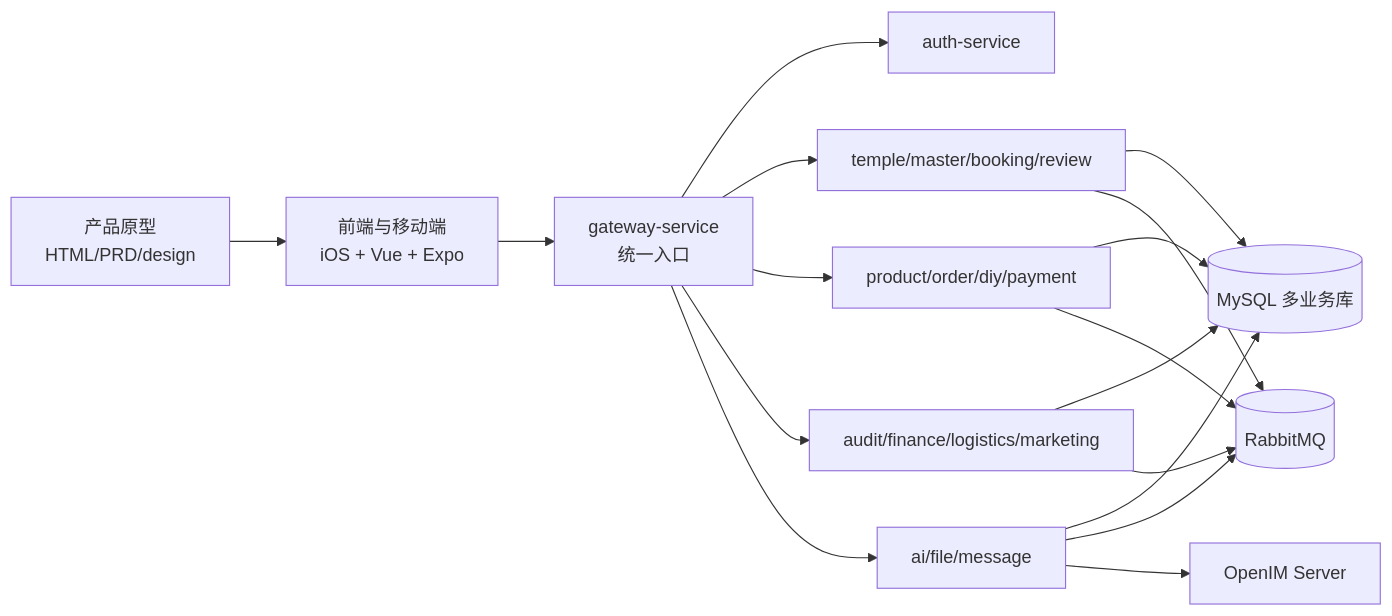
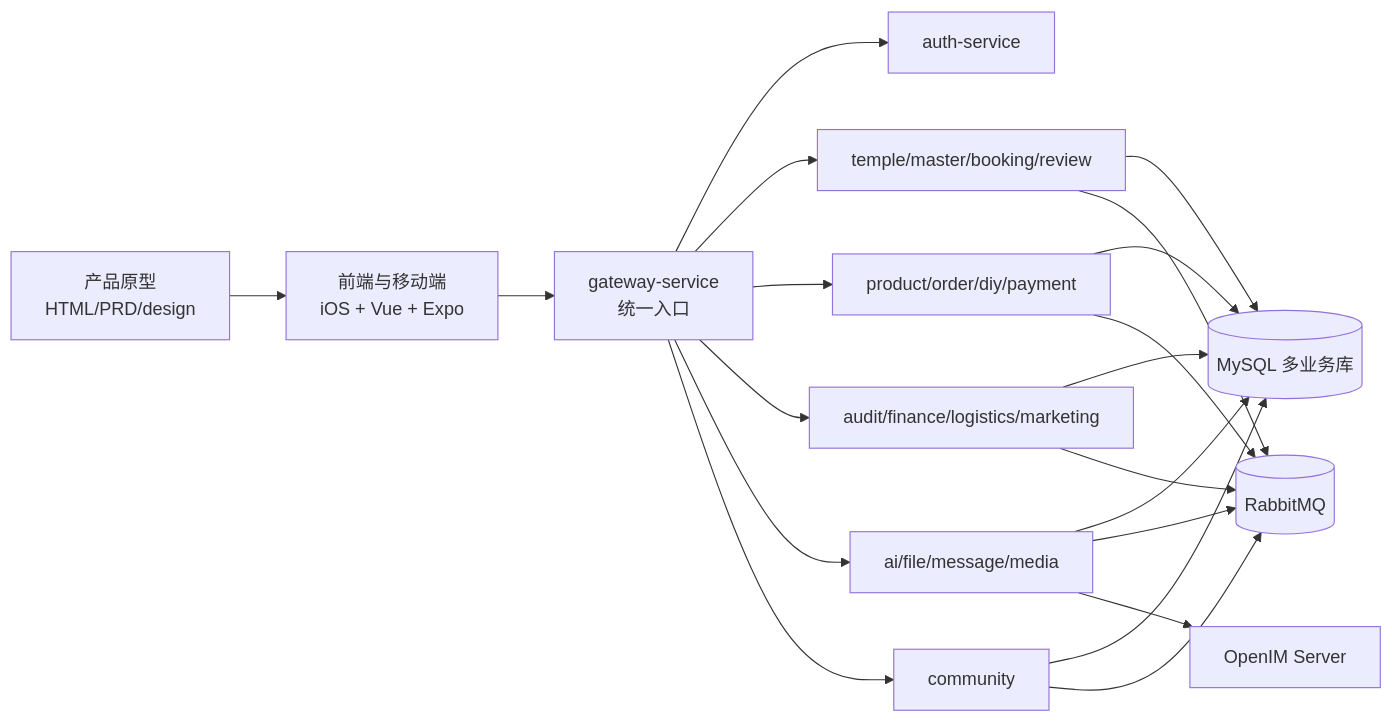
The first of 3 diagrams in docs/product/业务逻辑对齐审计报告.md (askxuan-dongfang/askxuan-docs), drawn with Mermaid before and after one commit. The commit also changed other lines of this file and 2 other files, not shown here.

````diff
--- a/docs/product/业务逻辑对齐审计报告.md
+++ b/docs/product/业务逻辑对齐审计报告.md
@@ -19,22 +19,25 @@
 ```mermaid
 flowchart LR
     Prototype[产品原型<br/>HTML/PRD/design] --> Frontend[前端与移动端<br/>iOS + Vue + Expo]
     Frontend --> Gateway[gateway-service<br/>统一入口]
     Gateway --> Auth[auth-service]
     Gateway --> Content[temple/master/booking/review]
     Gateway --> Commerce[product/order/diy/payment]
     Gateway --> Ops[audit/finance/logistics/marketing]
-    Gateway --> Infra[ai/file/message]
+    Gateway --> Infra[ai/file/message/media]
+    Gateway --> Community[community]
 
     Content --> DB[(MySQL 多业务库)]
     Commerce --> DB
     Ops --> DB
     Infra --> DB
+    Community --> DB
 
     Commerce --> MQ[(RabbitMQ)]
     Content --> MQ
     Ops --> MQ
     Infra --> MQ
+    Community --> MQ
 
     Infra --> OpenIM[OpenIM Server]
 ```
````
